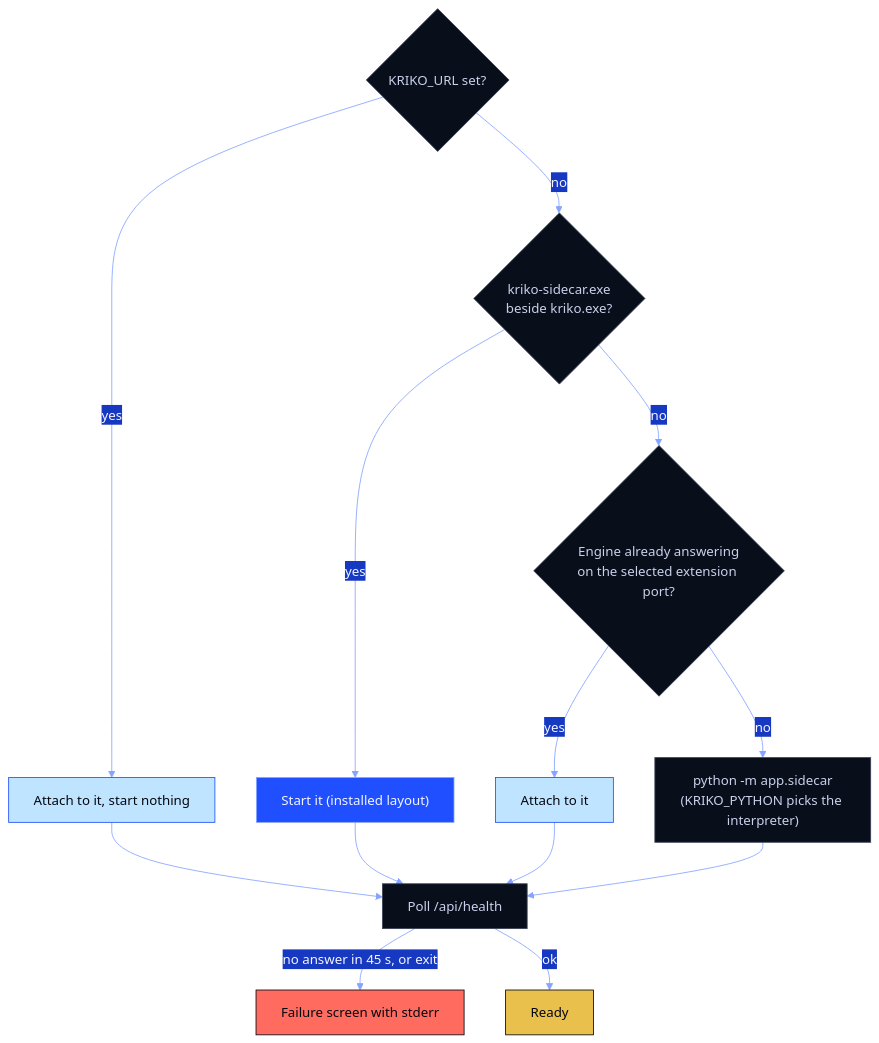
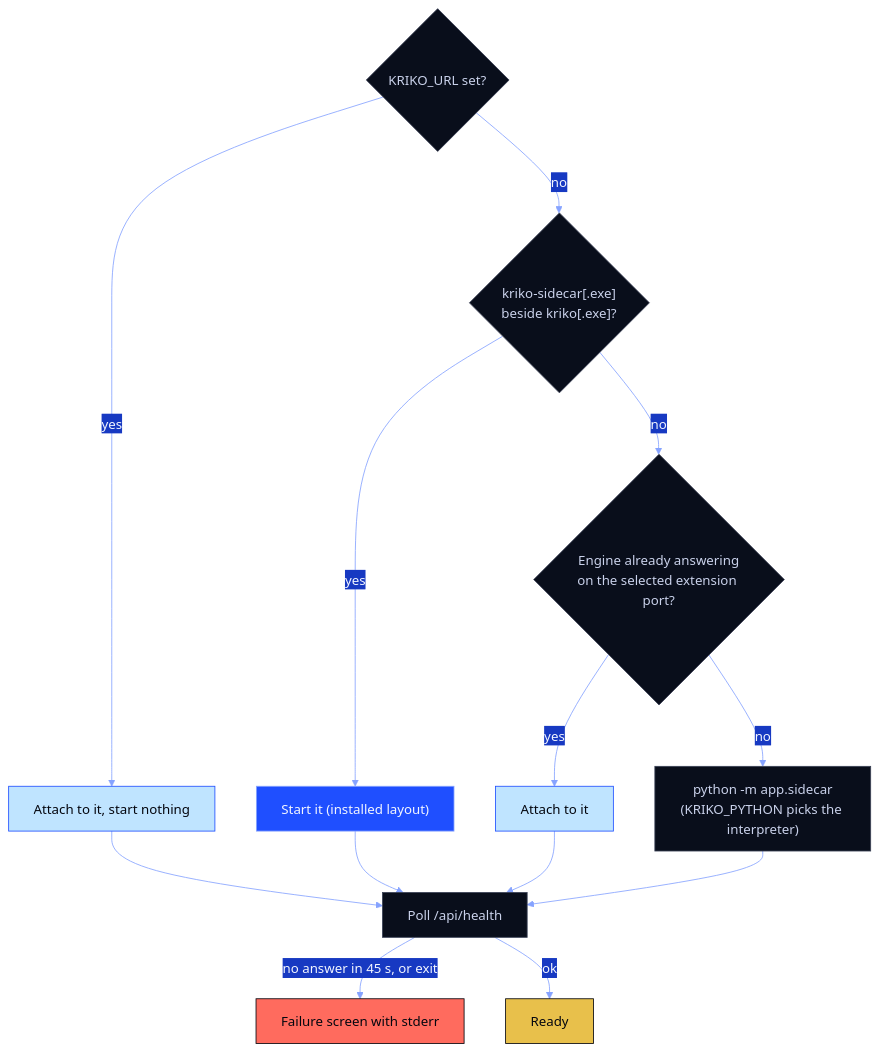
Before and after one commit to Berbadov/kriko: the second of 3 diagrams in kriko-gpui/README.md, drawn with Mermaid. The commit also changed other lines of this file and 76 other files, not shown here.

````diff
--- a/kriko-gpui/README.md
+++ b/kriko-gpui/README.md
@@ -65,22 +65,22 @@
 ```mermaid
 %%{init: {"theme":"base","themeVariables":{"fontFamily":"ui-monospace, SFMono-Regular, Consolas, monospace","primaryColor":"#090E1B","primaryTextColor":"#F2F5FF","primaryBorderColor":"#1F4FFF","lineColor":"#86A3FF","secondaryColor":"#1739C2","tertiaryColor":"#080B16","noteBkgColor":"#BFE4FF","noteTextColor":"#05070F","actorBkg":"#090E1B","actorTextColor":"#F2F5FF","actorBorder":"#1F4FFF","signalColor":"#86A3FF","signalTextColor":"#86A3FF"}}}%%
 flowchart TD
     A{"KRIKO_URL set?"}:::plain -->|yes| B["Attach to it, start nothing"]:::ice
-    A -->|no| C{"kriko-sidecar.exe<br/>beside kriko.exe?"}:::plain
+    A -->|no| C{"kriko-sidecar[.exe]<br/>beside kriko[.exe]?"}:::plain
     C -->|yes| D["Start it (installed layout)"]:::brand
     C -->|no| E{"Engine already answering<br/>on the selected extension port?"}:::plain
     E -->|yes| F["Attach to it"]:::ice
     E -->|no| G["python -m app.sidecar<br/>(KRIKO_PYTHON picks the interpreter)"]:::plain
     D --> H["Poll /api/health"]:::plain
     G --> H
     B --> H
     F --> H
     H -->|"no answer in 45 s, or exit"| X["Failure screen with stderr"]:::danger
     H -->|ok| R["Ready"]:::mark
 
     classDef brand  fill:#1F4FFF,stroke:#86A3FF,color:#F2F5FF
     classDef plain  fill:#090E1B,stroke:#3A4156,color:#C9D1EA
     classDef ice    fill:#BFE4FF,stroke:#1F4FFF,color:#05070F
     classDef danger fill:#FF6B5E,stroke:#05070F,color:#05070F
     classDef mark   fill:#E8C04B,stroke:#05070F,color:#05070F
 ```
````
